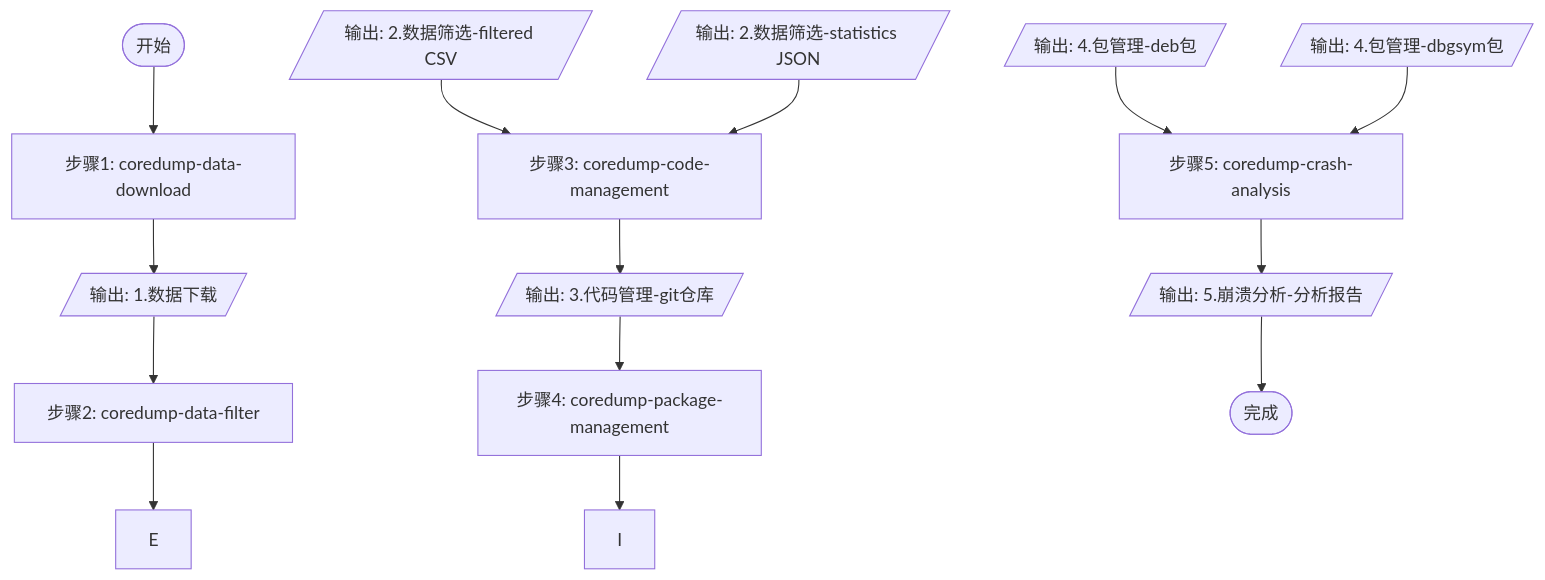
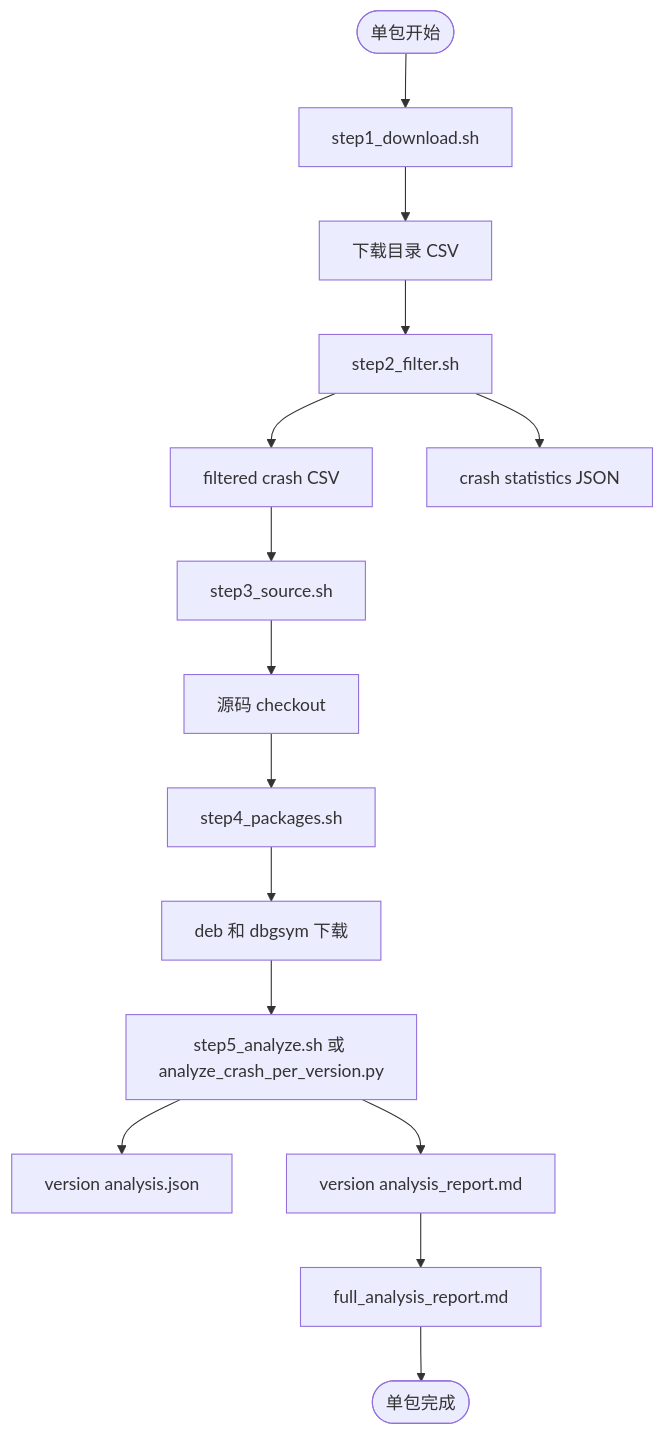
One commit to wubw0508/coredump-analysis-skills changed the second of 4 diagrams in FLOW.md. Above: the diagram before and after it, drawn with Mermaid. The commit also changed other lines of this file and 25 other files, not shown here.

````diff
--- a/FLOW.md
+++ b/FLOW.md
@@ -29,16 +36,17 @@
 ```mermaid
 graph TD
-A([开始]) --> B
-B[步骤1: coredump-data-download] --> C
-C[/输出: 1.数据下载/] --> D
-D[步骤2: coredump-data-filter] --> E
-E1[/输出: 2.数据筛选-filtered CSV/] --> F
-E2[/输出: 2.数据筛选-statistics JSON/] --> F
-F[步骤3: coredump-code-management] --> G
-G[/输出: 3.代码管理-git仓库/] --> H
-H[步骤4: coredump-package-management] --> I
-I1[/输出: 4.包管理-deb包/] --> J
-I2[/输出: 4.包管理-dbgsym包/] --> J
-J[步骤5: coredump-crash-analysis] --> K
-K[/输出: 5.崩溃分析-分析报告/] --> L([完成])
+A([单包开始]) --> B[step1_download.sh]
+B --> C[下载目录 CSV]
+C --> D[step2_filter.sh]
+D --> E[filtered crash CSV]
+D --> F[crash statistics JSON]
+E --> G[step3_source.sh]
+G --> H[源码 checkout]
+H --> I[step4_packages.sh]
+I --> J[deb 和 dbgsym 下载]
+J --> K[step5_analyze.sh 或 analyze_crash_per_version.py]
+K --> L[version analysis.json]
+K --> M[version analysis_report.md]
+M --> N[full_analysis_report.md]
+N --> O([单包完成])
 ```
````
